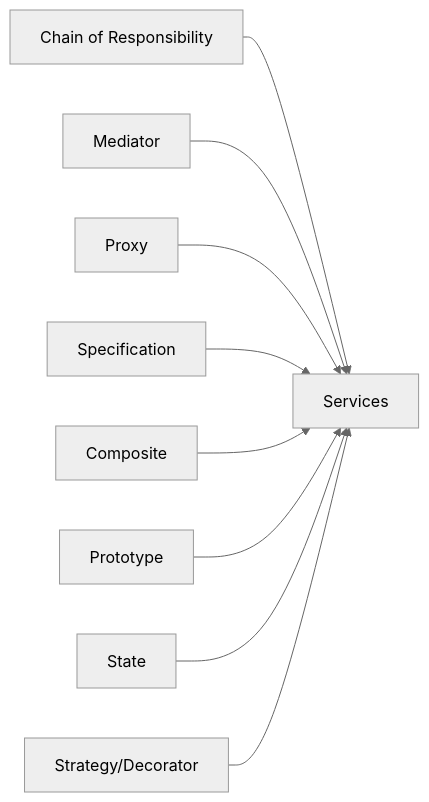
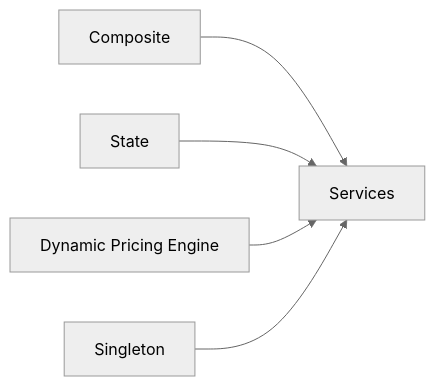
One commit to anhtudayne/Design_Pattern changed the tenth of 10 diagrams in .qoder/repowiki/en/content/Design Patterns Implementation/Design Patterns Implementation.md. Above: the diagram before and after it, drawn with Mermaid (neutral theme). The commit also changed other lines of this file and 10 other files, not shown here.

````diff
--- a/.qoder/repowiki/en/content/Design Patterns Implementation/Design Patterns Implementation.md
+++ b/.qoder/repowiki/en/content/Design Patterns Implementation/Design Patterns Implementation.md
@@ -586,11 +441,7 @@
 ```mermaid
 graph LR
-COB["Chain of Responsibility"] --> SVC["Services"]
-MED["Mediator"] --> SVC
-PROX["Proxy"] --> SVC
-SPEC["Specification"] --> SVC
-COMP["Composite"] --> SVC
-PROT["Prototype"] --> SVC
+COMP["Composite"] --> SVC["Services"]
 STAT["State"] --> SVC
-STRATDEC["Strategy/Decorator"] --> SVC
+PRICING["Dynamic Pricing Engine"] --> SVC
+SINGLETON["Singleton"] --> SVC
 ```
````
